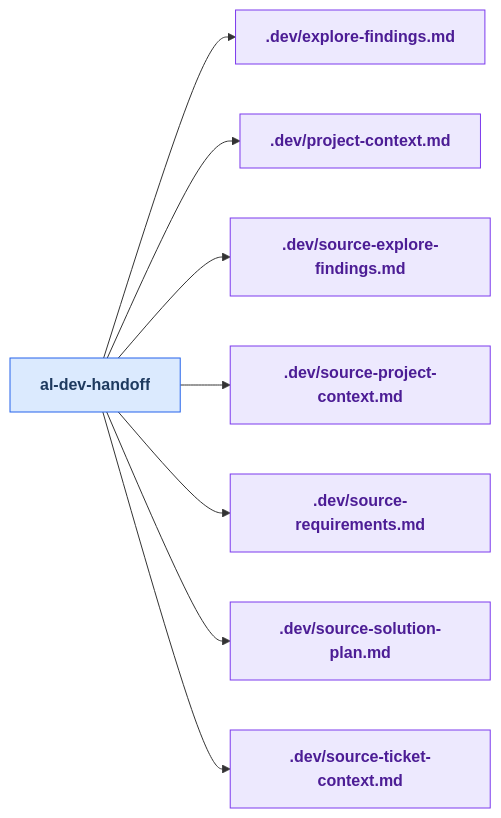
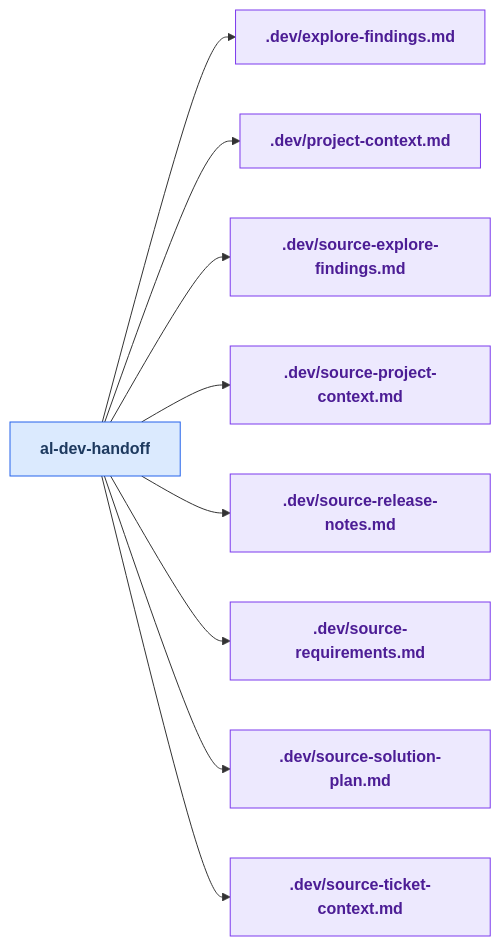
Before and after one commit to russell-laing/al-dev-shared: diagram 22 of 25 in docs/al-dev-skills-map.md, drawn with Mermaid. The commit also changed other lines of this file and 3 other files, not shown here.

````diff
--- a/docs/al-dev-skills-map.md
+++ b/docs/al-dev-skills-map.md
@@ -898,34 +993,37 @@
 ```mermaid
 flowchart LR
     classDef skillNode fill:#dbeafe,stroke:#2563eb,color:#1e3a5f,font-weight:bold
     classDef agentNode fill:#d1fae5,stroke:#059669,color:#064e3b,font-weight:bold
     classDef knowledgeNode fill:#fef3c7,stroke:#d97706,color:#78350f,font-weight:bold
     classDef artifactNode fill:#ede9fe,stroke:#7c3aed,color:#4c1d95,font-weight:bold
     classDef phaseNode fill:#e0e7ff,stroke:#6366f1,color:#312e81,font-weight:bold
 
     skill_al_dev_handoff[al-dev-handoff]
     artifact_explore_findings_md[.dev/explore-findings.md]
     artifact_project_context_md[.dev/project-context.md]
     artifact_source_explore_findings_md[.dev/source-explore-findings.md]
     artifact_source_project_context_md[.dev/source-project-context.md]
+    artifact_source_release_notes_md[.dev/source-release-notes.md]
     artifact_source_requirements_md[.dev/source-requirements.md]
     artifact_source_solution_plan_md[.dev/source-solution-plan.md]
     artifact_source_ticket_context_md[.dev/source-ticket-context.md]
 
     skill_al_dev_handoff --> artifact_explore_findings_md
     skill_al_dev_handoff --> artifact_project_context_md
     skill_al_dev_handoff --> artifact_source_explore_findings_md
     skill_al_dev_handoff --> artifact_source_project_context_md
+    skill_al_dev_handoff --> artifact_source_release_notes_md
     skill_al_dev_handoff --> artifact_source_requirements_md
     skill_al_dev_handoff --> artifact_source_solution_plan_md
     skill_al_dev_handoff --> artifact_source_ticket_context_md
 
     class skill_al_dev_handoff skillNode
     class artifact_explore_findings_md artifactNode
     class artifact_project_context_md artifactNode
     class artifact_source_explore_findings_md artifactNode
     class artifact_source_project_context_md artifactNode
+    class artifact_source_release_notes_md artifactNode
     class artifact_source_requirements_md artifactNode
     class artifact_source_solution_plan_md artifactNode
     class artifact_source_ticket_context_md artifactNode
 ```
````
